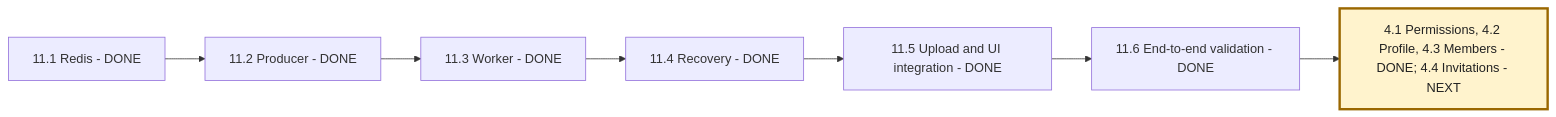
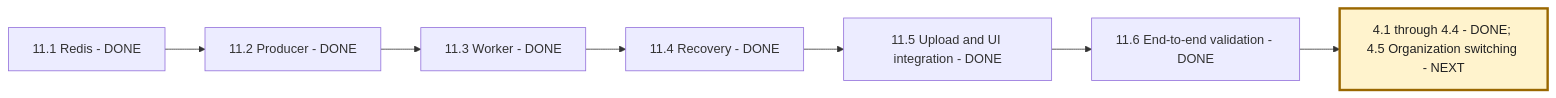
The third of 3 diagrams in NEXAAI_ROADMAP.md (msdian0007/nexaAi), drawn with Mermaid before and after one commit. The commit also changed other lines of this file and 19 other files, not shown here.

Commit message:
expiring organization invitations

````diff
--- a/NEXAAI_ROADMAP.md
+++ b/NEXAAI_ROADMAP.md
@@ -253,10 +253,10 @@
 ```mermaid
 flowchart LR
     A[11.1 Redis - DONE] --> B[11.2 Producer - DONE]
     B --> C[11.3 Worker - DONE]
     C --> D[11.4 Recovery - DONE]
     D --> E[11.5 Upload and UI integration - DONE]
     E --> F[11.6 End-to-end validation - DONE]
-    F --> G[4.1 Permissions, 4.2 Profile, 4.3 Members - DONE; 4.4 Invitations - NEXT]
+    F --> G[4.1 through 4.4 - DONE; 4.5 Organization switching - NEXT]
     style G fill:#fff3cd,stroke:#9a6700,stroke-width:3px,color:#222
 ```
````
